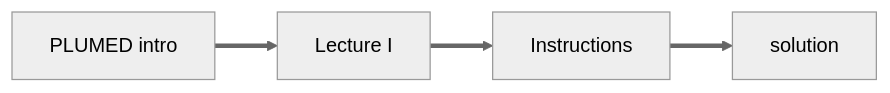
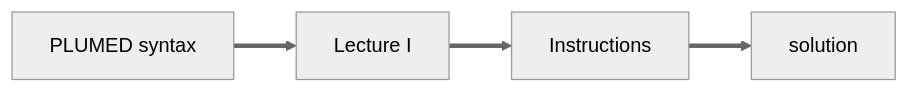
The diagram in NAVIGATION.md (fabsugar/plumed-tutorial-be-aapak), drawn with Mermaid (neutral theme) before and after one commit.

````diff
--- a/NAVIGATION.md
+++ b/NAVIGATION.md
@@ -1,10 +1,10 @@
 ```mermaid
 flowchart LR
-A[PLUMED intro] ==> B[Lecture I]
+A[PLUMED syntax] ==> B[Lecture I]
 B ==> C[Instructions]
 C ==> D[solution]
-click A "ref1" "You should complete this earlier masterclass before completing this exercise"
+click A "[ref1](http://www.plumed-tutorials.org/lessons/21/001/data/NAVIGATION.html)" "You should complete this earlier masterclass before completing this exercise"
 click B "video1" "A video that introduces the exercise"
 click C "README.md" "The instructions for the exercise"
 click D "notebooks/solultion.ipynb" "A python notebook containing a full set of solutions for the exercise"
 ```
````
